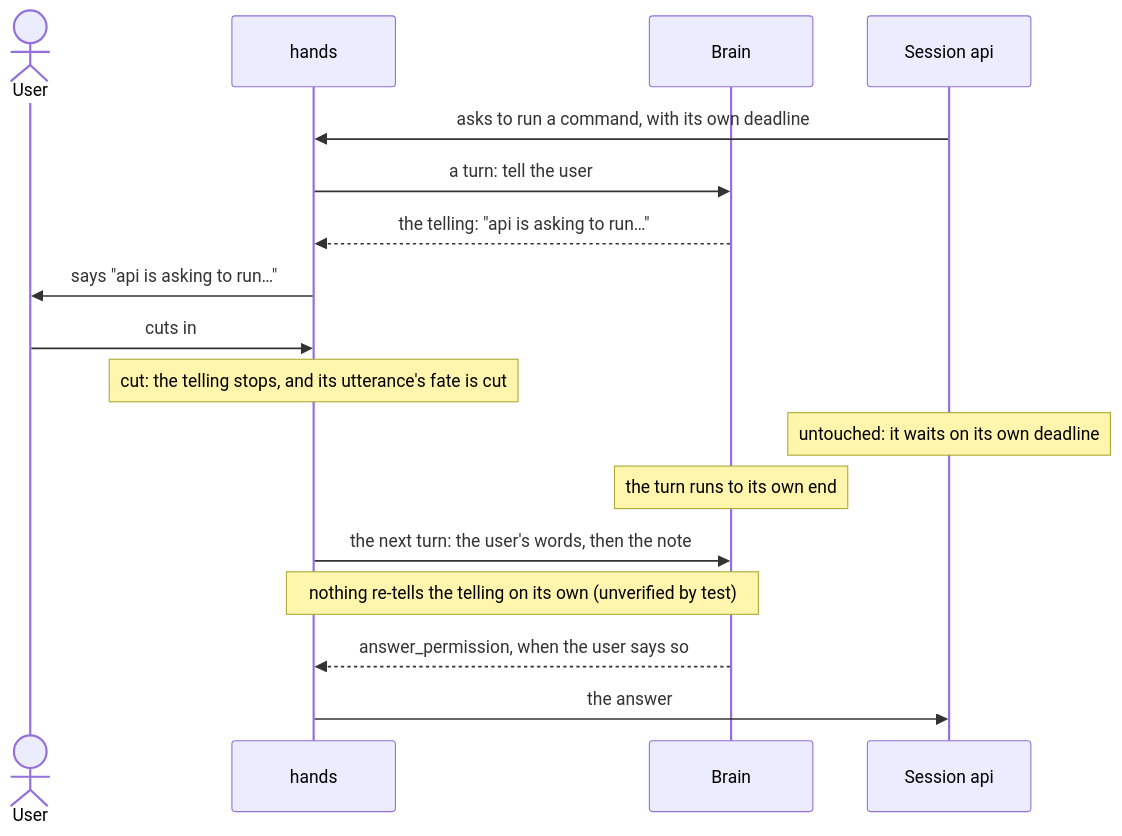
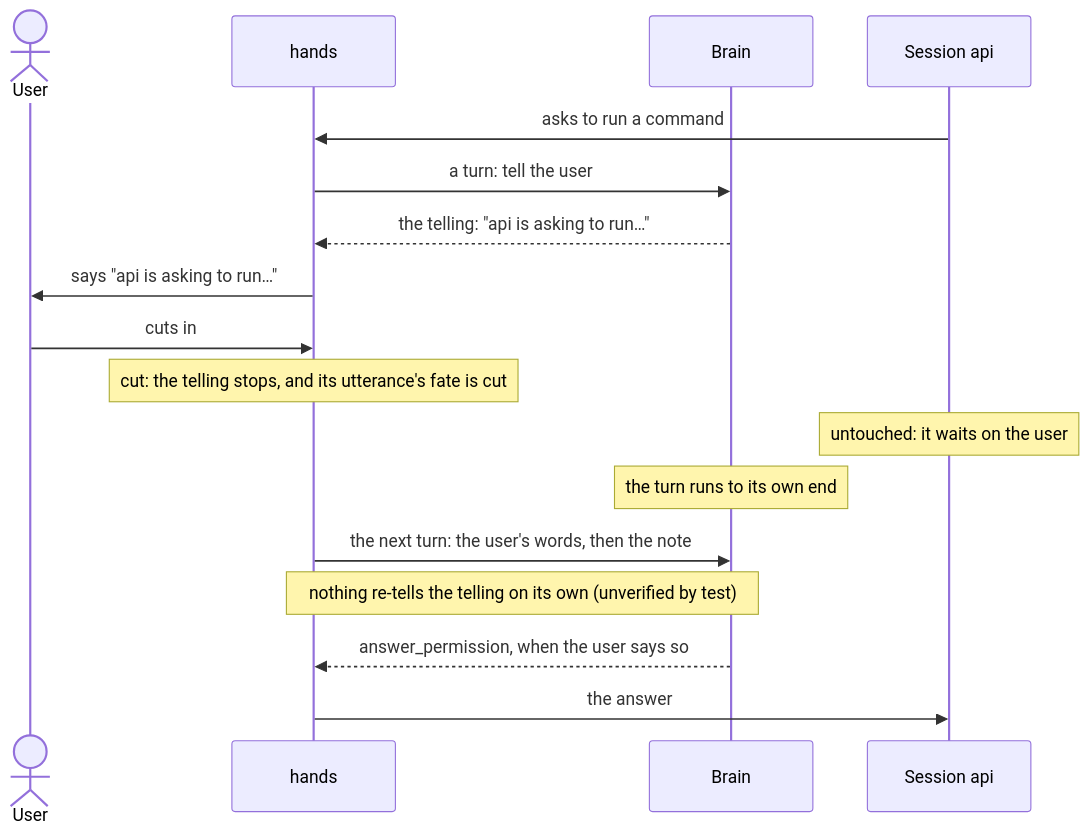
One commit to promptctl/cc-hands changed the sixth of 7 diagrams in docs/barge-in.md. Above: the diagram before and after it, drawn with Mermaid. The commit also changed other lines of this file and 56 other files, not shown here.

First line of the commit message:
permissions: hands puts no deadline on a session's request; the hook lives a day and only the brain's own is refused as it ends (promptctl-brain-lq3.lrd)

````diff
--- a/docs/barge-in.md
+++ b/docs/barge-in.md
@@ -295,19 +295,19 @@
 ```mermaid
 sequenceDiagram
     actor U as User
     participant H as hands
     participant B as Brain
     participant S as Session api
-    S->>H: asks to run a command, with its own deadline
+    S->>H: asks to run a command
     H->>B: a turn: tell the user
     B-->>H: the telling: "api is asking to run…"
     H->>U: says "api is asking to run…"
     U->>H: cuts in
     Note over H: cut: the telling stops, and its utterance's fate is cut
-    Note over S: untouched: it waits on its own deadline
+    Note over S: untouched: it waits on the user
     Note over B: the turn runs to its own end
     H->>B: the next turn: the user's words, then the note
     Note over H,B: nothing re-tells the telling on its own (unverified by test)
     B-->>H: answer_permission, when the user says so
     H->>S: the answer
 ```
````
